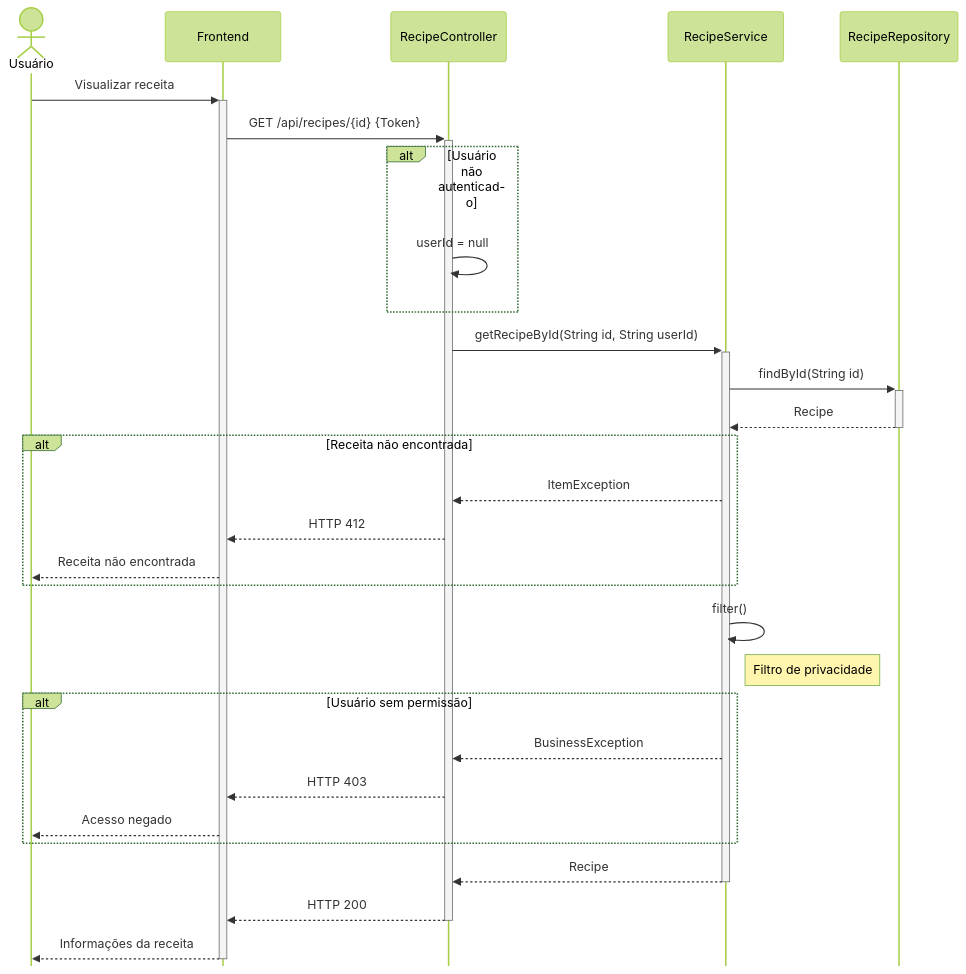
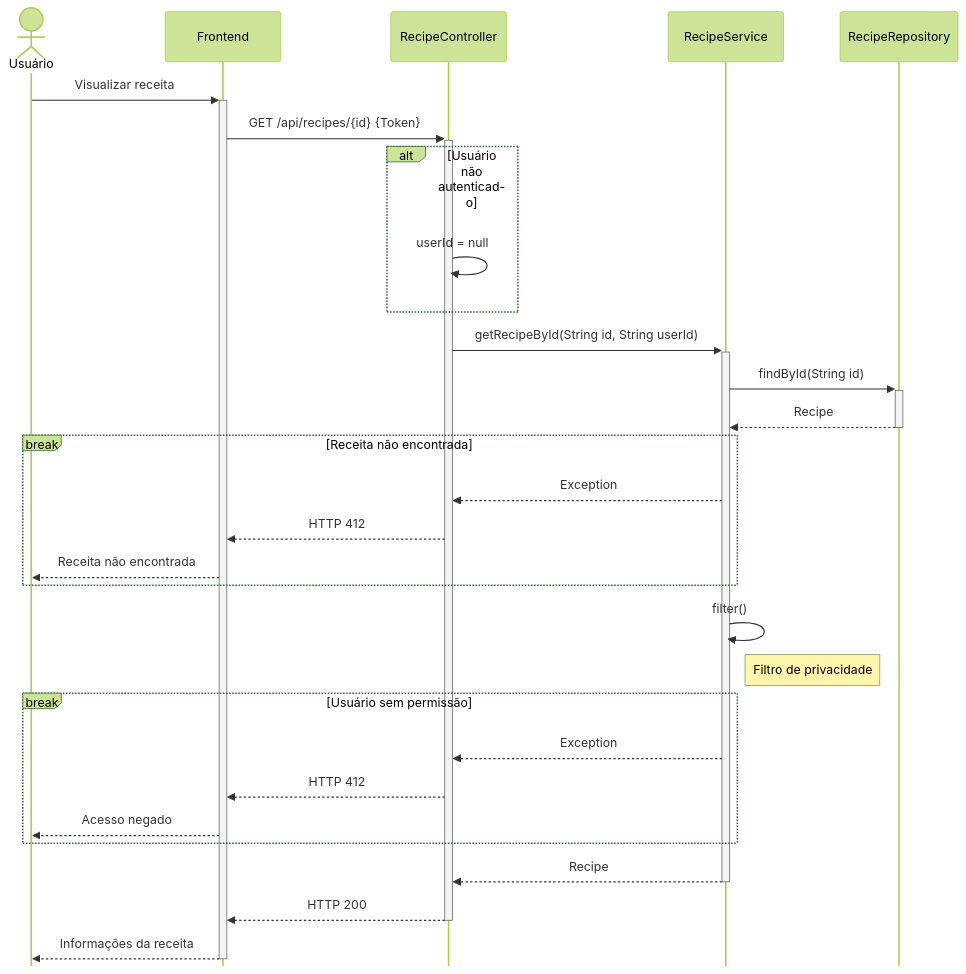
Before and after one commit to feliquisds/cooker-api: the diagram in docs/Diagramas de Sequência/04 Visualizar receita-texto.mmd, drawn with Mermaid (forest theme). The commit also changed 16 other files, not shown here.

```diff
--- a/docs/Diagramas de Sequência/04 Visualizar receita-texto.mmd
+++ b/docs/Diagramas de Sequência/04 Visualizar receita-texto.mmd
@@ -1,46 +1,46 @@
 ---
 config:
     mirrorActors: false
 ---
 
 sequenceDiagram
     actor U as Usuário
     participant F as Frontend
     participant C as RecipeController
     participant S as RecipeService
     participant R as RecipeRepository
 
     U->>+F: Visualizar receita
     F->>+C: GET /api/recipes/{id} {Token}
 
     alt Usuário não autenticado
         C->>C: userId = null
     end
 
     C->>+S: getRecipeById(String id, String userId)
     S->>+R: findById(String id)
     R-->>-S: Recipe
 
-    alt Receita não encontrada
-        S-->>C: ItemException
+    break Receita não encontrada
+        S-->>C: Exception
         C-->>F: HTTP 412
         F-->>U: Receita não encontrada
     end
 
     S->>S: filter()
     Note right of S: Filtro de privacidade
     %% Somente visível caso:
     %% - O usuário é o próprio dono da receita
     %% - O usuário é público
     %% - A receita é pública
     %% - O livro de receita em que a receita está é público
 
-    alt Usuário sem permissão
-        S-->>C: BusinessException
-        C-->>F: HTTP 403
+    break Usuário sem permissão
+        S-->>C: Exception
+        C-->>F: HTTP 412
         F-->>U: Acesso negado
     end
 
     S-->>-C: Recipe
     C-->>-F: HTTP 200
     F-->>-U: Informações da receita
```
